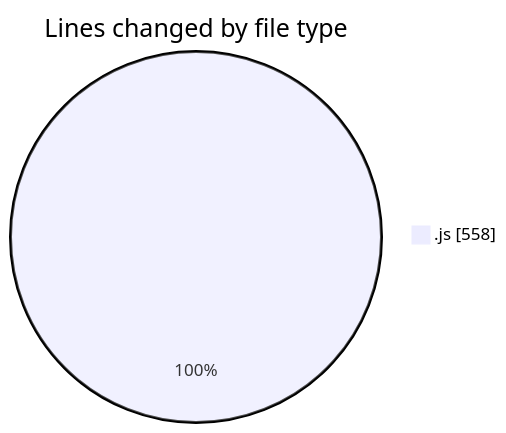
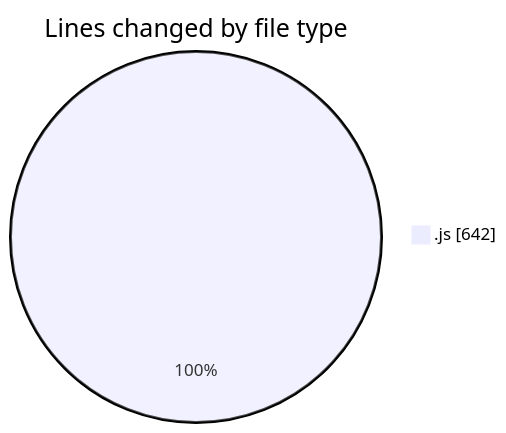
The first of 2 diagrams in 2025-06-20/nxtqube_webapp/README.md (nxtqubesakshisongat/code-tracking), drawn with Mermaid before and after one commit. The commit also changed other lines of this file and 1 other file, not shown here.

````diff
--- a/2025-06-20/nxtqube_webapp/README.md
+++ b/2025-06-20/nxtqube_webapp/README.md
@@ -27,5 +29,5 @@
 ```mermaid
 pie showData
 title Lines changed by file type
-".js" : 558
+".js" : 642
 ```
````
